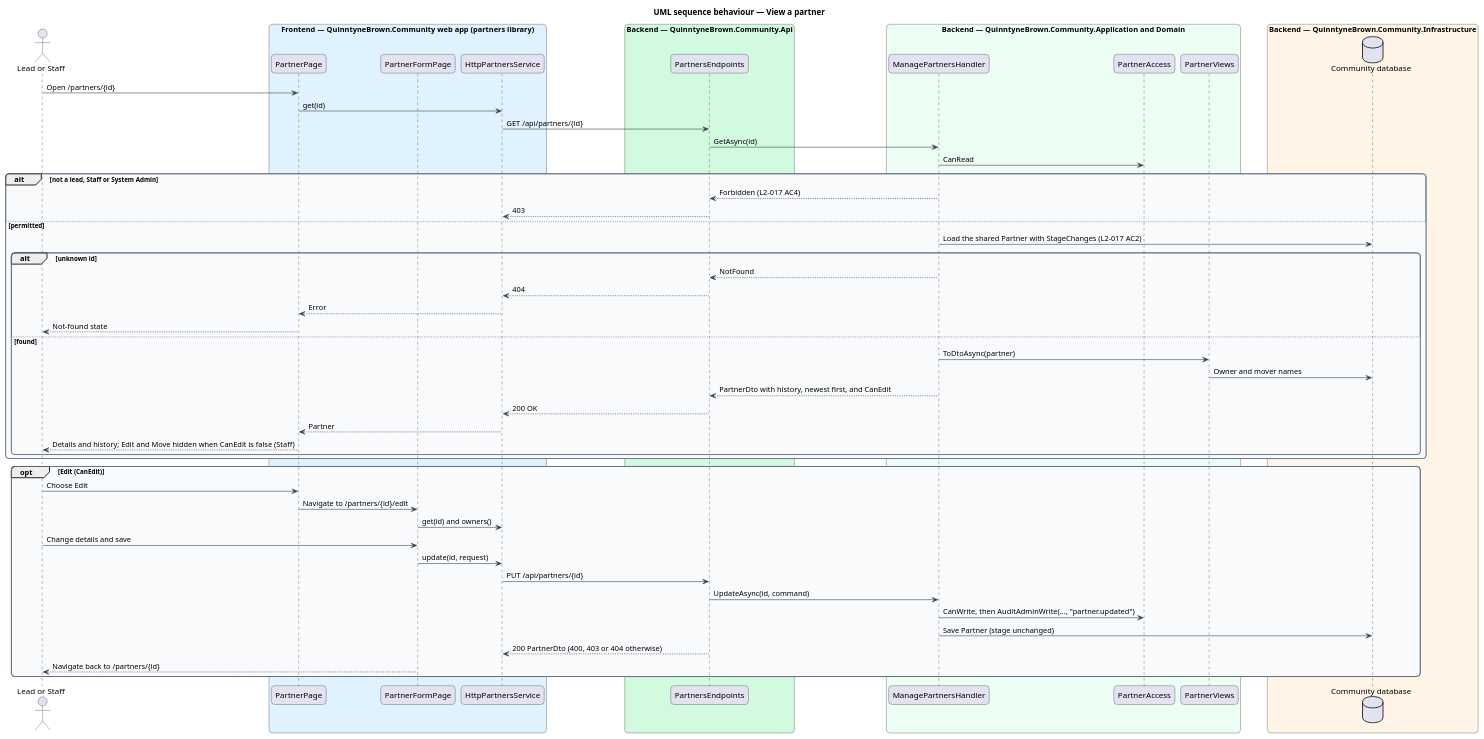
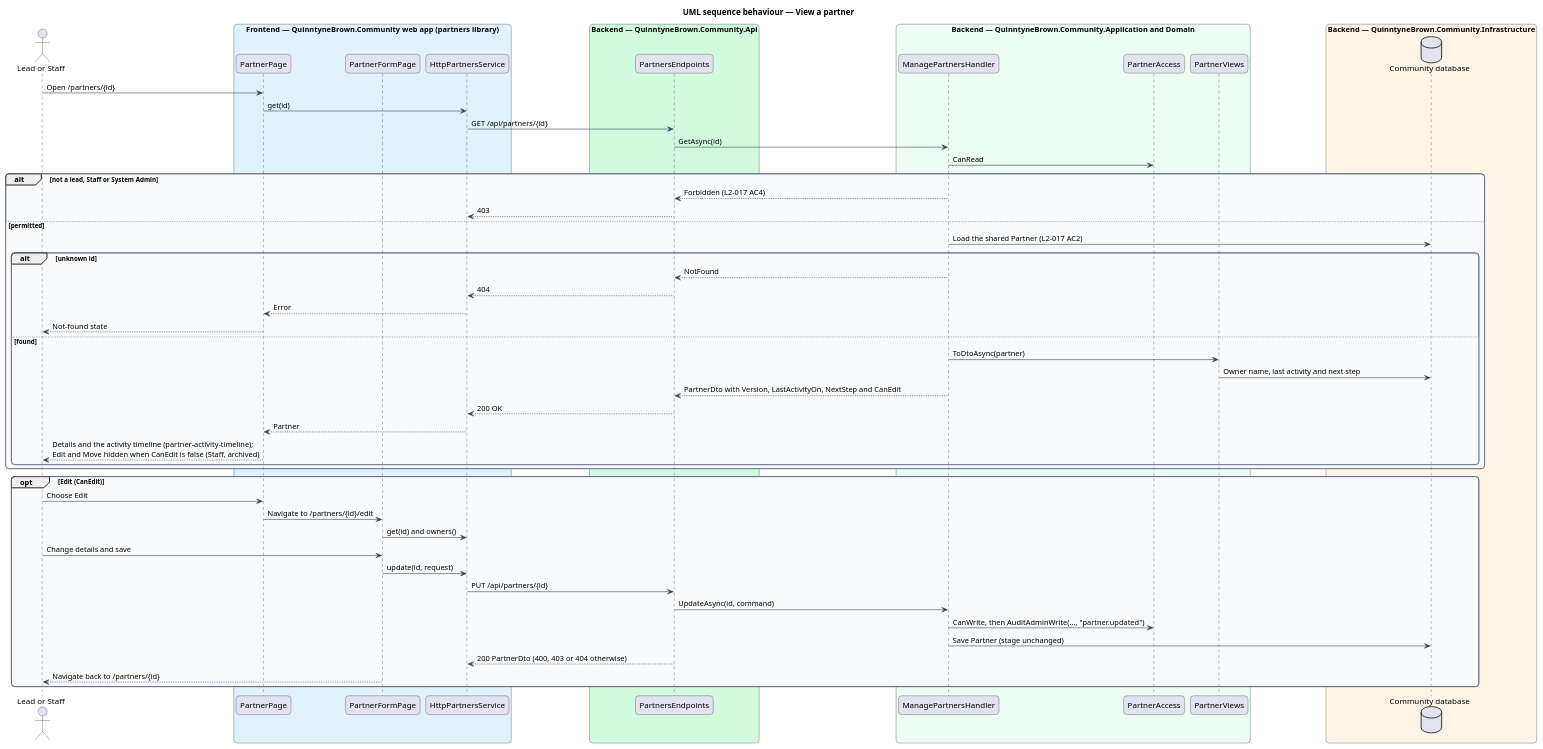
Before and after one commit to QuinntyneBrown/quinntyne-brown: the diagram in docs/detailed-designs/partners/manage-partners/diagrams/sequence-view-partner.puml, drawn with PlantUML. The commit also changed 576 other files, not shown here.

First line of the commit message:
Add partner activity, duplicates and merge, event check-in and Reports

```diff
--- a/docs/detailed-designs/partners/manage-partners/diagrams/sequence-view-partner.puml
+++ b/docs/detailed-designs/partners/manage-partners/diagrams/sequence-view-partner.puml
@@ -1,71 +1,71 @@
 @startuml
 title UML sequence behaviour — View a partner
 skinparam backgroundColor #FFFFFF
 skinparam shadowing false
 skinparam roundcorner 12
 skinparam defaultFontName Arial
 skinparam ArrowColor #344054
 skinparam rectangle {
   BorderColor #344054
   FontColor #101828
 }
 skinparam package {
   BorderColor #667085
   FontColor #101828
   BackgroundColor #F9FAFB
 }
 actor "Lead or Staff" as actor
 box "Frontend — QuinntyneBrown.Community web app (partners library)" #E0F2FE
   participant "PartnerPage" as page
   participant "PartnerFormPage" as form
   participant "HttpPartnersService" as svc
 end box
 box "Backend — QuinntyneBrown.Community.Api" #D1FADF
   participant "PartnersEndpoints" as ep
 end box
 box "Backend — QuinntyneBrown.Community.Application and Domain" #ECFDF3
   participant "ManagePartnersHandler" as h
   participant "PartnerAccess" as acc
   participant "PartnerViews" as views
 end box
 box "Backend — QuinntyneBrown.Community.Infrastructure" #FFF4E5
   database "Community database" as db
 end box
 actor -> page : Open /partners/{id}
 page -> svc : get(id)
 svc -> ep : GET /api/partners/{id}
 ep -> h : GetAsync(id)
 h -> acc : CanRead
 alt not a lead, Staff or System Admin
   h --> ep : Forbidden (L2-017 AC4)
   ep --> svc : 403
 else permitted
-  h -> db : Load the shared Partner with StageChanges (L2-017 AC2)
+  h -> db : Load the shared Partner (L2-017 AC2)
   alt unknown id
     h --> ep : NotFound
     ep --> svc : 404
     svc --> page : Error
     page --> actor : Not-found state
   else found
     h -> views : ToDtoAsync(partner)
-    views -> db : Owner and mover names
-    h --> ep : PartnerDto with history, newest first, and CanEdit
+    views -> db : Owner name, last activity and next step
+    h --> ep : PartnerDto with Version, LastActivityOn, NextStep and CanEdit
     ep --> svc : 200 OK
     svc --> page : Partner
-    page --> actor : Details and history; Edit and Move hidden when CanEdit is false (Staff)
+    page --> actor : Details and the activity timeline (partner-activity-timeline);\nEdit and Move hidden when CanEdit is false (Staff, archived)
   end
 end
 opt Edit (CanEdit)
   actor -> page : Choose Edit
   page -> form : Navigate to /partners/{id}/edit
   form -> svc : get(id) and owners()
   actor -> form : Change details and save
   form -> svc : update(id, request)
   svc -> ep : PUT /api/partners/{id}
   ep -> h : UpdateAsync(id, command)
   h -> acc : CanWrite, then AuditAdminWrite(..., "partner.updated")
   h -> db : Save Partner (stage unchanged)
   ep --> svc : 200 PartnerDto (400, 403 or 404 otherwise)
   form --> actor : Navigate back to /partners/{id}
 end
 @enduml
```
